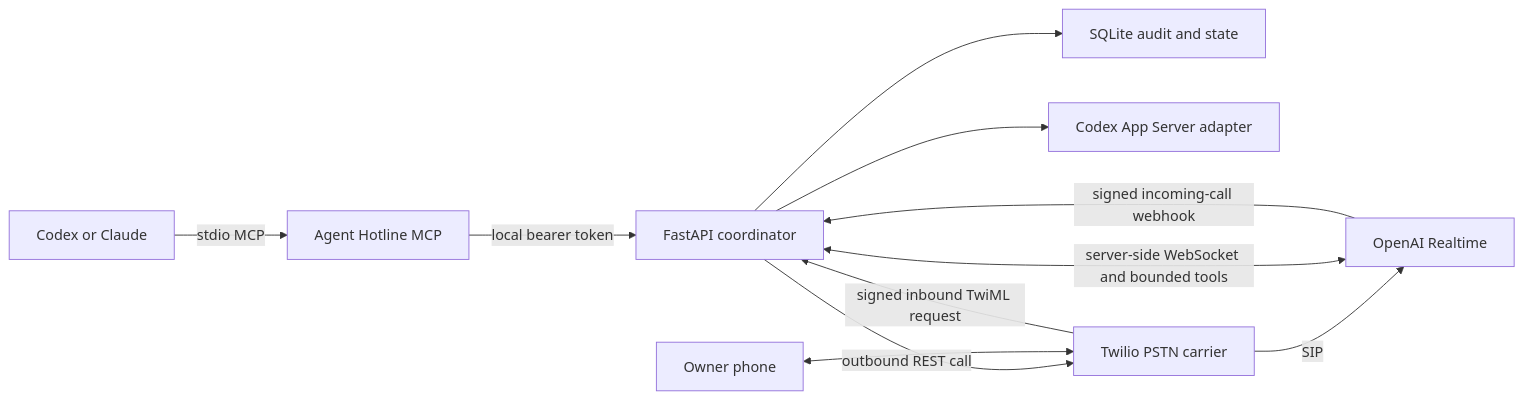
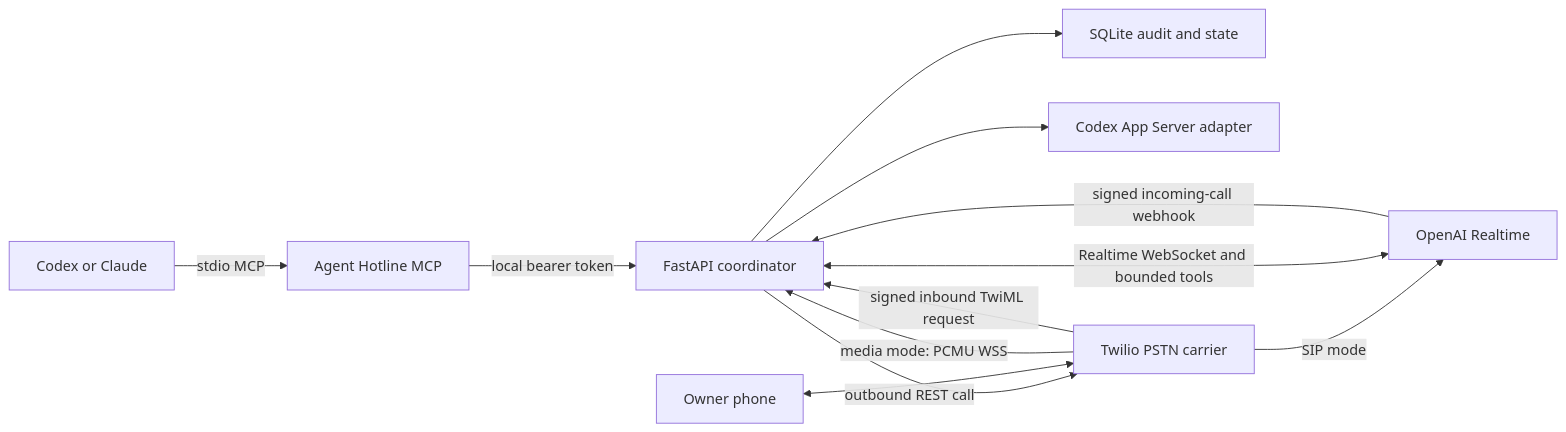
Before and after one commit to divyamagrawal06/just-call-sol: the first of 2 diagrams in docs/ARCHITECTURE.md, drawn with Mermaid. The commit also changed other lines of this file and 4 other files, not shown here.

````diff
--- a/docs/ARCHITECTURE.md
+++ b/docs/ARCHITECTURE.md
@@ -6,13 +6,14 @@
 ```mermaid
 flowchart LR
     A["Codex or Claude"] -->|stdio MCP| M["Agent Hotline MCP"]
     M -->|local bearer token| D["FastAPI coordinator"]
     D --> S["SQLite audit and state"]
     D --> C["Codex App Server adapter"]
     D -->|outbound REST call| T["Twilio PSTN carrier"]
-    T -->|SIP| O["OpenAI Realtime"]
+    T -->|SIP mode| O["OpenAI Realtime"]
+    T -->|media mode: PCMU WSS| D
     P["Owner phone"] <--> T
-    O <-->|server-side WebSocket and bounded tools| D
+    O <-->|Realtime WebSocket and bounded tools| D
     T -->|signed inbound TwiML request| D
     O -->|signed incoming-call webhook| D
 ```
````
